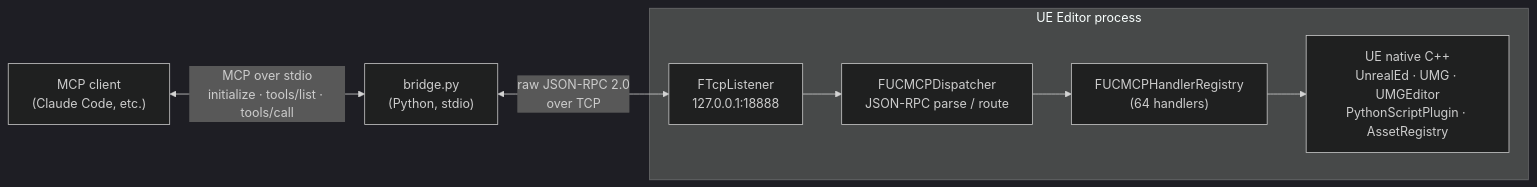
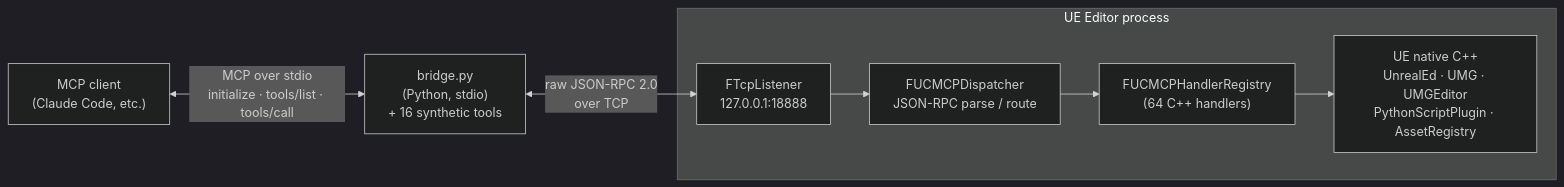
Before and after one commit to daveCode-dot/UnrealClaudeMCP: the first of 2 diagrams in docs/ARCHITECTURE.md, drawn with Mermaid (dark theme). The commit also changed 3 other files, not shown here.

First line of the commit message:
docs: drift narrative fixes — bridge docstring, manifest desc, TOOLS.md, ARCHITECTURE mermaid (#141)

````diff
--- a/docs/ARCHITECTURE.md
+++ b/docs/ARCHITECTURE.md
@@ -5,18 +5,18 @@
 ```mermaid
 flowchart LR
     Client["MCP client<br/>(Claude Code, etc.)"]
-    Bridge["bridge.py<br/>(Python, stdio)"]
+    Bridge["bridge.py<br/>(Python, stdio)<br/>+ 16 synthetic tools"]
 
     subgraph UE["UE Editor process"]
         TCP["FTcpListener<br/>127.0.0.1:18888"]
         Disp["FUCMCPDispatcher<br/>JSON-RPC parse / route"]
-        Reg["FUCMCPHandlerRegistry<br/>(64 handlers)"]
+        Reg["FUCMCPHandlerRegistry<br/>(64 C++ handlers)"]
         Native["UE native C++<br/>UnrealEd · UMG · UMGEditor<br/>PythonScriptPlugin · AssetRegistry"]
     end
 
     Client <-->|"MCP over stdio<br/>initialize · tools/list · tools/call"| Bridge
     Bridge <-->|"raw JSON-RPC 2.0<br/>over TCP"| TCP
     TCP --> Disp
     Disp --> Reg
     Reg --> Native
 ```
````
